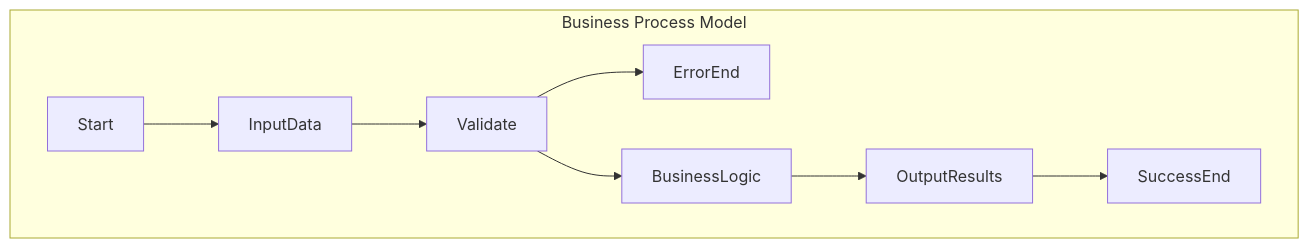
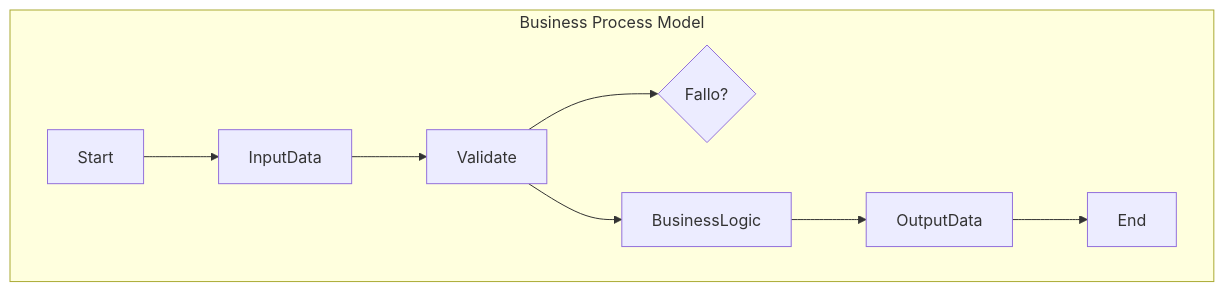
One commit to natperh/newCodes changed the diagram in SumaProject/docs/diagrama.mmd. Above: the diagram before and after it, drawn with Mermaid. The commit also changed 1 other file, not shown here.

```diff
--- a/SumaProject/docs/diagrama.mmd
+++ b/SumaProject/docs/diagrama.mmd
@@ -1,9 +1,9 @@
 graph TD
   subgraph "Business Process Model"
     Start --> InputData
     InputData --> Validate
-    Validate --> ErrorEnd
+    Validate --> Error{Fallo?}
     Validate --> BusinessLogic
-    BusinessLogic --> OutputResults
-    OutputResults --> SuccessEnd
+    BusinessLogic --> OutputData
+    OutputData --> End
   end
```
